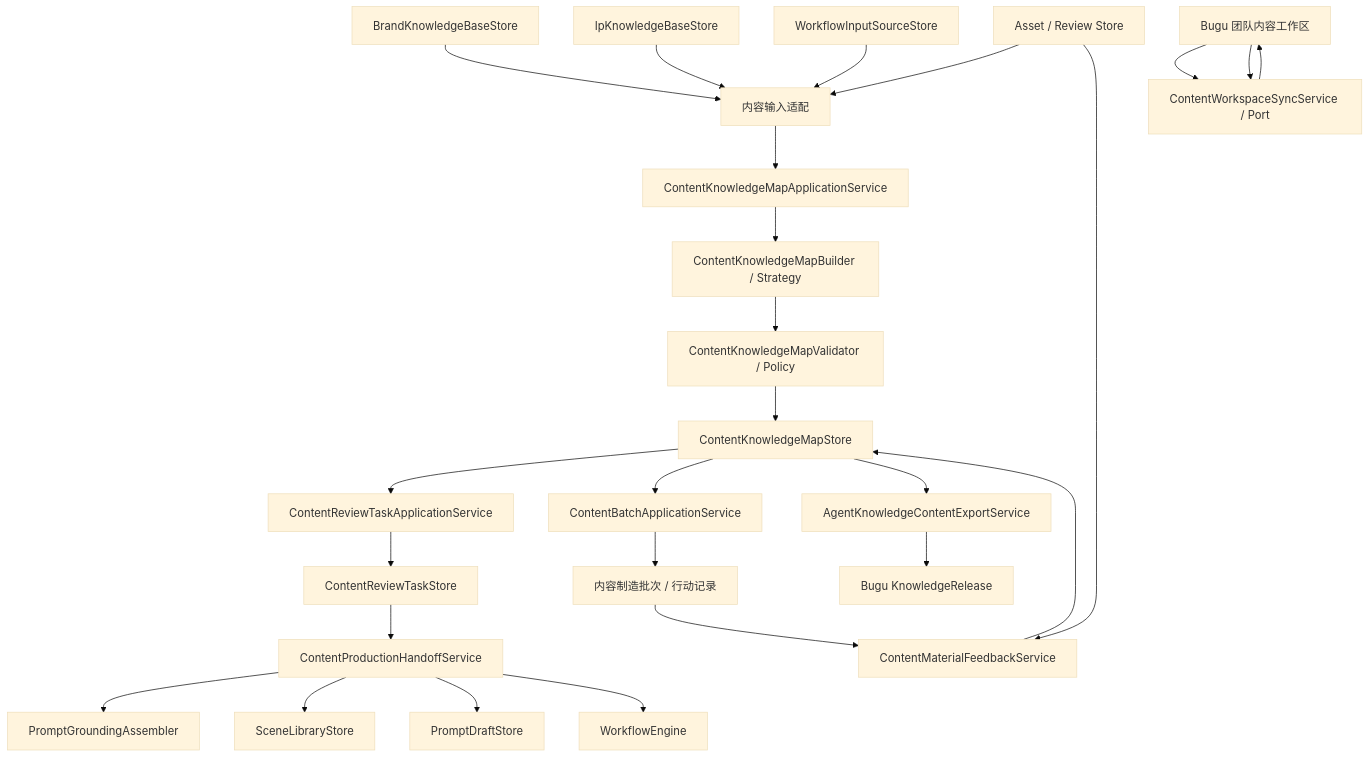
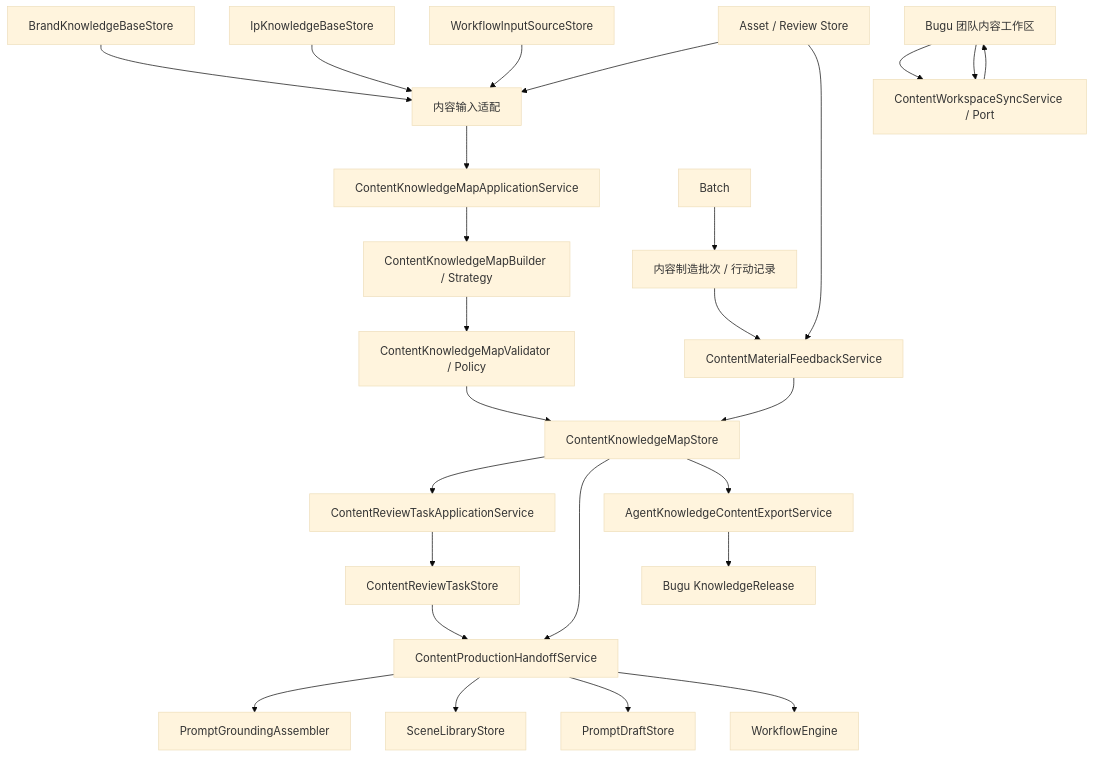
Before and after one commit to limecloud/content-studio: the first of 6 diagrams in docs/roadmap/ontology/v1/workflow-integration.md, drawn with Mermaid (base theme). The commit also changed other lines of this file and 59 other files, not shown here.

````diff
--- a/docs/roadmap/ontology/v1/workflow-integration.md
+++ b/docs/roadmap/ontology/v1/workflow-integration.md
@@ -20,32 +20,32 @@
 ```mermaid
 flowchart TD
   BrandKB["BrandKnowledgeBaseStore"] --> Adapter["内容输入适配"]
   IpKB["IpKnowledgeBaseStore"] --> Adapter
   InputStore["WorkflowInputSourceStore"] --> Adapter
   AssetStore["Asset / Review Store"] --> Adapter
   Server["Bugu 团队内容工作区"] --> Sync["ContentWorkspaceSyncService / Port"]
 
   Adapter --> MapApp["ContentKnowledgeMapApplicationService"]
   MapApp --> Builder["ContentKnowledgeMapBuilder / Strategy"]
   Builder --> Validate["ContentKnowledgeMapValidator / Policy"]
   Validate --> MapStore["ContentKnowledgeMapStore"]
   MapStore --> ReviewApp["ContentReviewTaskApplicationService"]
   ReviewApp --> ReviewStore["ContentReviewTaskStore"]
 
   ReviewStore --> Handoff["ContentProductionHandoffService"]
   Handoff --> Grounding["PromptGroundingAssembler"]
   Handoff --> Scene["SceneLibraryStore"]
   Handoff --> Prompt["PromptDraftStore"]
   Handoff --> SOP["WorkflowEngine"]
 
-  MapStore --> Batch["ContentBatchApplicationService"]
+  MapStore --> Handoff["ContentProductionHandoffService"]
   Batch --> Action["内容制造批次 / 行动记录"]
   Action --> Feedback["ContentMaterialFeedbackService"]
   Feedback --> MapStore
   AssetStore --> Feedback
 
   MapStore --> Export["AgentKnowledgeContentExportService"]
   Export --> ServerRelease["Bugu KnowledgeRelease"]
   Sync --> Server
   Server --> Sync
 ```
````
